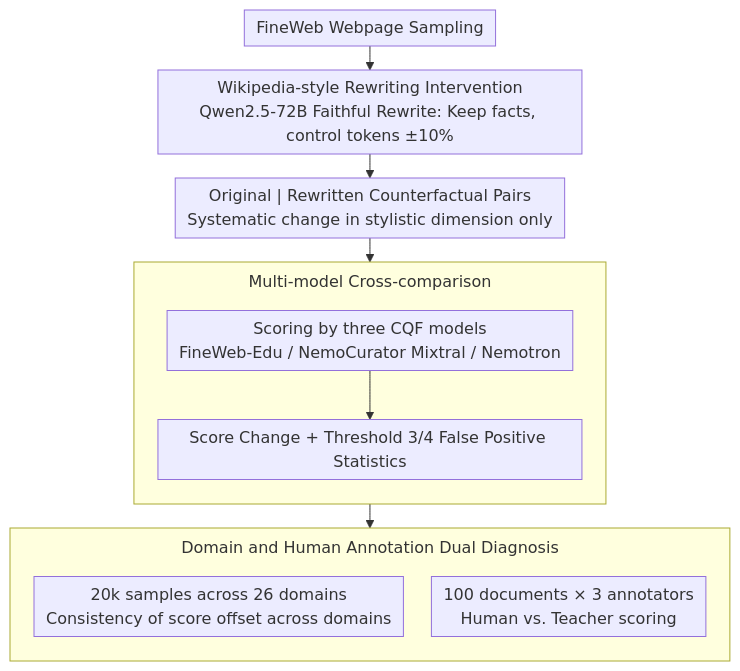
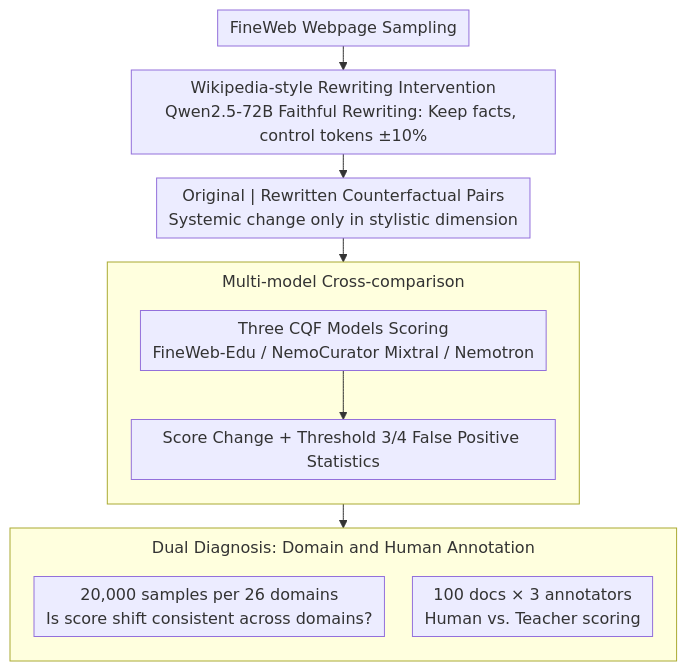
Before and after one commit to zhaoyang97/Paper-Notes-en: the diagram in docs/ACL2026/llm_pretraining/is_a_document_educational_or_just_wikipedia-style_--_pitfalls_of_classifier-base.md, drawn with Mermaid. The commit also changed other lines of this file and 5084 other files, not shown here.

````diff
--- a/docs/ACL2026/llm_pretraining/is_a_document_educational_or_just_wikipedia-style_--_pitfalls_of_classifier-base.md
+++ b/docs/ACL2026/llm_pretraining/is_a_document_educational_or_just_wikipedia-style_--_pitfalls_of_classifier-base.md
@@ -43,17 +43,17 @@
 ```mermaid
 %%{init: {'flowchart': {'rankSpacing': 24, 'nodeSpacing': 28, 'padding': 6, 'wrappingWidth': 400, 'subGraphTitleMargin': {'top': 8, 'bottom': 16}}}}%%
 flowchart TD
-    A["FineWeb Webpage Sampling"] --> B["Wikipedia-style Rewriting Intervention<br/>Qwen2.5-72B Faithful Rewrite: Keep facts, control tokens ±10%"]
-    B --> C["Original | Rewritten Counterfactual Pairs<br/>Systematic change in stylistic dimension only"]
+    A["FineWeb Webpage Sampling"] --> B["Wikipedia-style Rewriting Intervention<br/>Qwen2.5-72B Faithful Rewriting: Keep facts, control tokens ±10%"]
+    B --> C["Original | Rewritten Counterfactual Pairs<br/>Systemic change only in stylistic dimension"]
     subgraph S2["Multi-model Cross-comparison"]
         direction TB
-        D["Scoring by three CQF models<br/>FineWeb-Edu / NemoCurator Mixtral / Nemotron"] --> E["Score Change + Threshold 3/4 False Positive Statistics"]
+        D["Three CQF Models Scoring<br/>FineWeb-Edu / NemoCurator Mixtral / Nemotron"] --> E["Score Change + Threshold 3/4 False Positive Statistics"]
     end
     C --> D
-    subgraph S3["Domain and Human Annotation Dual Diagnosis"]
+    subgraph S3["Dual Diagnosis: Domain and Human Annotation"]
         direction TB
-        F["20k samples across 26 domains<br/>Consistency of score offset across domains"]
-        G["100 documents × 3 annotators<br/>Human vs. Teacher scoring"]
+        F["20,000 samples per 26 domains<br/>Is score shift consistent across domains?"]
+        G["100 docs × 3 annotators<br/>Human vs. Teacher scoring"]
     end
     E --> S3
 ```
````
